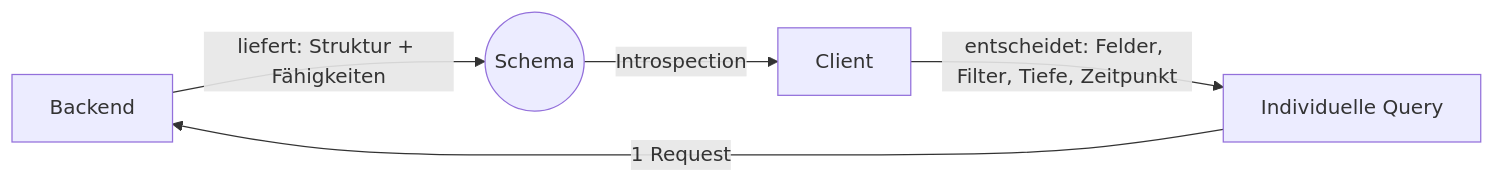
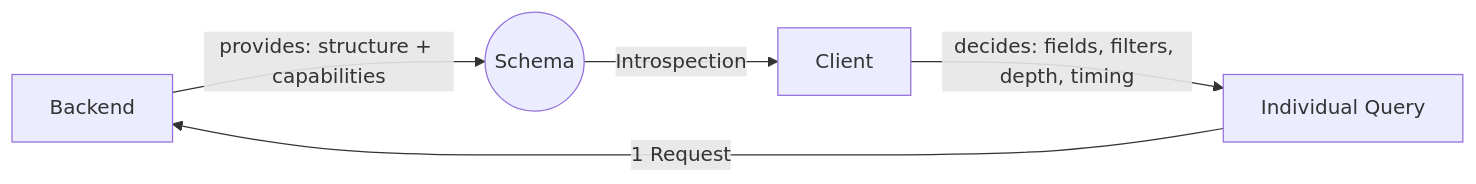
One commit to r4mercur/generic-graphql changed the first of 4 diagrams in README.md. Above: the diagram before and after it, drawn with Mermaid. The commit also changed other lines of this file and 2 other files, not shown here.

````diff
--- a/README.md
+++ b/README.md
@@ -13,7 +17,7 @@
 ```mermaid
 flowchart LR
-    A[Backend] -->|"liefert: Struktur + Fähigkeiten"| B((Schema))
+    A[Backend] -->|"provides: structure + capabilities"| B((Schema))
     B -->|Introspection| C[Client]
-    C -->|"entscheidet: Felder, Filter, Tiefe, Zeitpunkt"| D[Individuelle Query]
+    C -->|"decides: fields, filters, depth, timing"| D[Individual Query]
     D -->|1 Request| A
 ```
````
